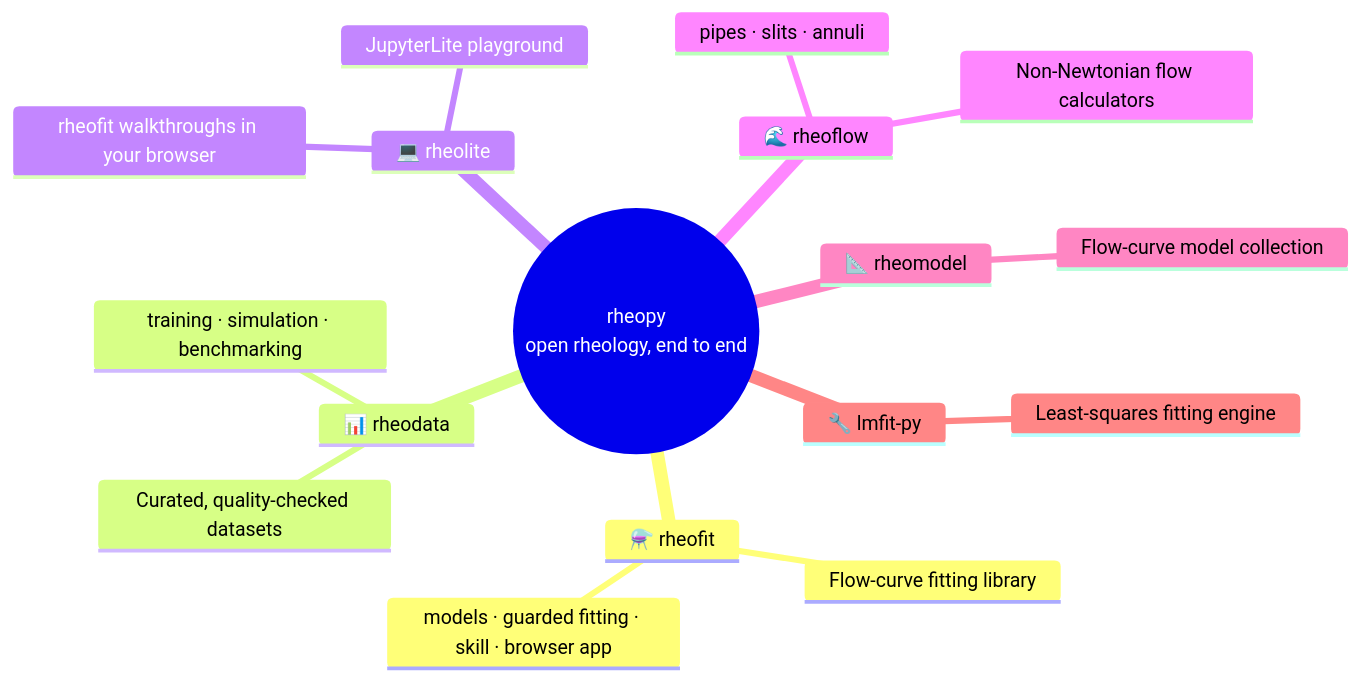
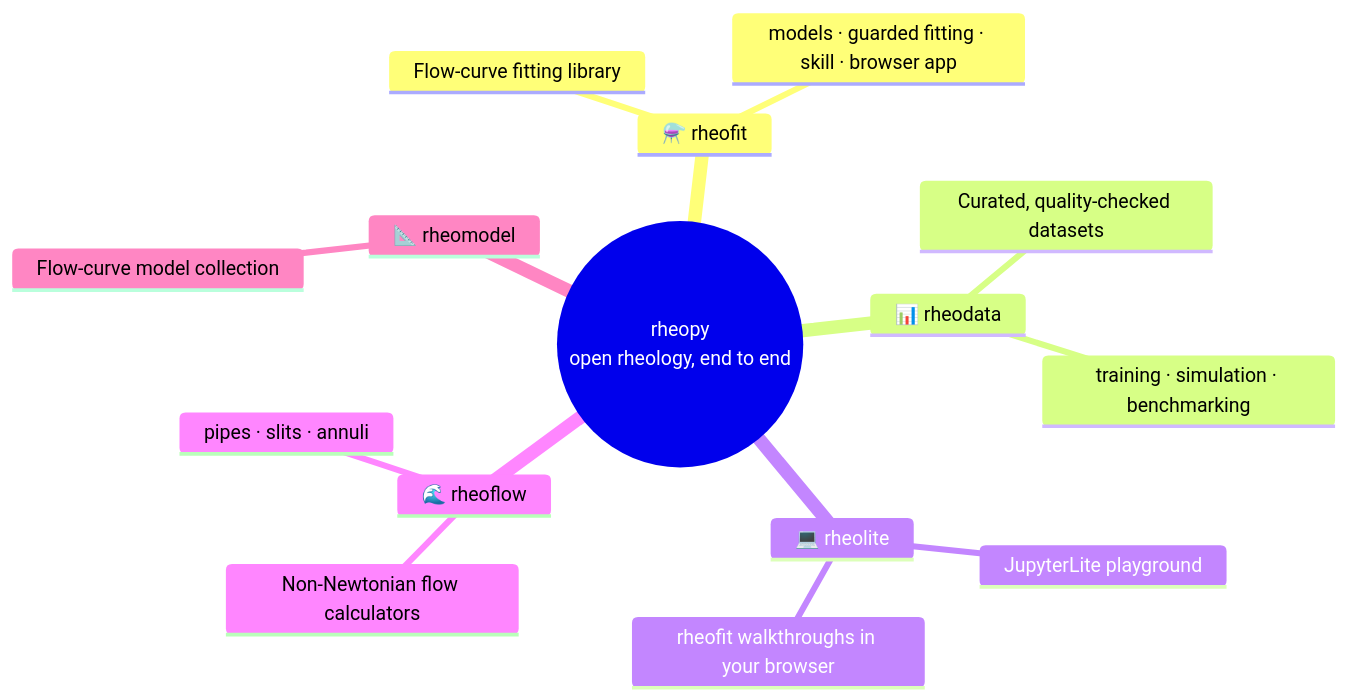
One commit to rheopy/.github changed the diagram in profile/README.md. Above: the diagram before and after it, drawn with Mermaid. The commit also changed other lines of this file, not shown here.

Commit message:
Org profile: drop lmfit-py from mindmap

````diff
--- a/profile/README.md
+++ b/profile/README.md
@@ -7,20 +7,18 @@
 ```mermaid
 mindmap
   root((rheopy<br/>open rheology, end to end))
     ⚗️ rheofit
       Flow-curve fitting library
       models · guarded fitting · skill · browser app
     📊 rheodata
       Curated, quality-checked datasets
       training · simulation · benchmarking
     💻 rheolite
       JupyterLite playground
       rheofit walkthroughs in your browser
     🌊 rheoflow
       Non-Newtonian flow calculators
       pipes · slits · annuli
     📐 rheomodel
       Flow-curve model collection
-    🔧 lmfit-py
-      Least-squares fitting engine
 ```
````
